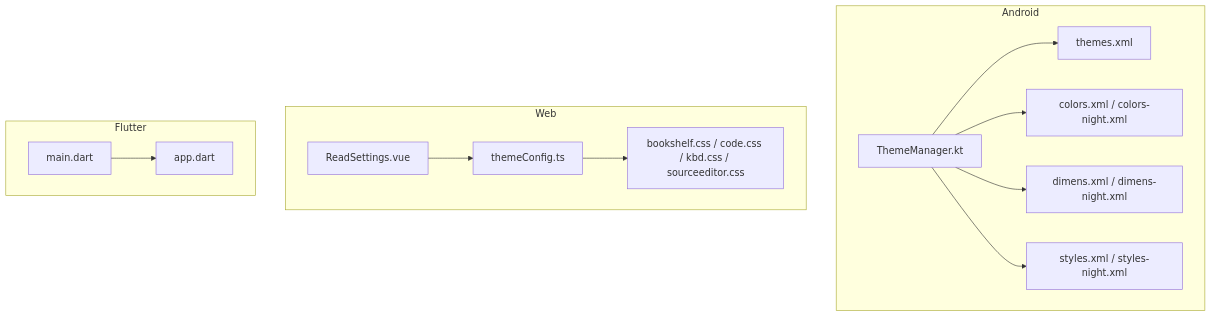
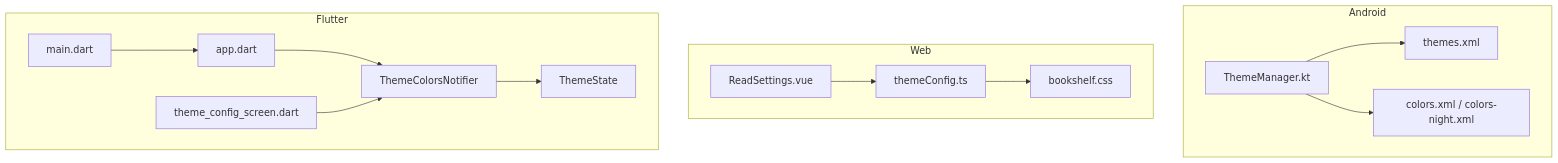
One commit to ZhangGHGitHub/LegadoTeamFlutter changed the first of 4 diagrams in .qoder/repowiki/zh/content/Web管理界面/主题系统.md. Above: the diagram before and after it, drawn with Mermaid. The commit also changed other lines of this file and 173 other files, not shown here.

````diff
--- a/.qoder/repowiki/zh/content/Web管理界面/主题系统.md
+++ b/.qoder/repowiki/zh/content/Web管理界面/主题系统.md
@@ -46,26 +54,28 @@
 ```mermaid
 graph TB
 subgraph "Android"
 A_Themes["themes.xml"]
 A_Colors["colors.xml / colors-night.xml"]
-A_Dimens["dimens.xml / dimens-night.xml"]
-A_Styles["styles.xml / styles-night.xml"]
 A_Manager["ThemeManager.kt"]
 end
 subgraph "Web"
 W_Config["themeConfig.ts"]
-W_CSS["bookshelf.css / code.css / kbd.css / sourceeditor.css"]
+W_CSS["bookshelf.css"]
 W_Settings["ReadSettings.vue"]
 end
 subgraph "Flutter"
 F_App["app.dart"]
 F_Main["main.dart"]
+F_Screen["theme_config_screen.dart"]
+F_Notifier["ThemeColorsNotifier"]
+F_State["ThemeState"]
 end
 A_Manager --> A_Themes
 A_Manager --> A_Colors
-A_Manager --> A_Dimens
-A_Manager --> A_Styles
 W_Settings --> W_Config
 W_Config --> W_CSS
 F_Main --> F_App
+F_App --> F_Notifier
+F_Screen --> F_Notifier
+F_Notifier --> F_State
 ```
````
